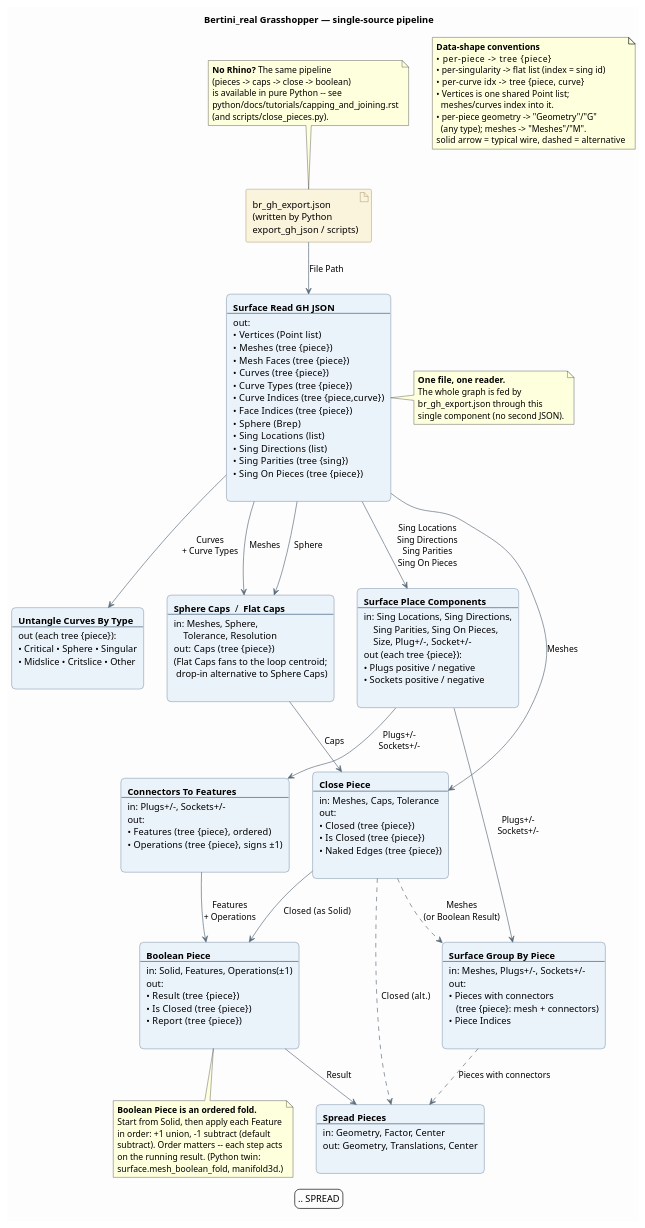
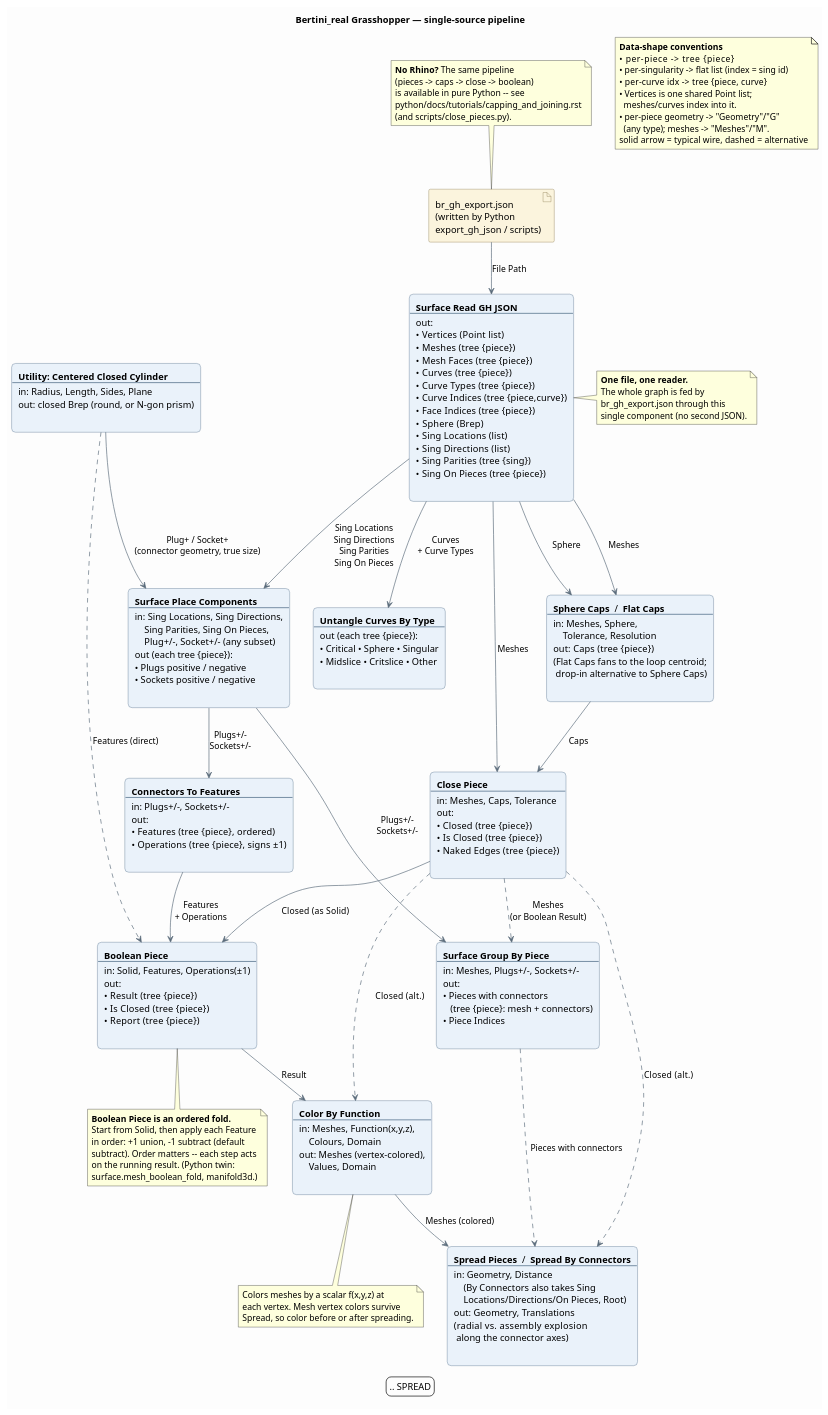
One commit to ofloveandhate/bertini_real changed the diagram in grasshopper/docs/usage.puml. Above: the diagram before and after it, drawn with PlantUML.

Commit message:
usage diagram: add Color By Function, Spread By Connectors, Utility cylinder
Reflect the newer components in usage.puml: Color By Function (vertex coloring before
spread), Spread Pieces vs Spread By Connectors (radial vs assembly explosion, Distance),
the Utility Centered Closed Cylinder feeding connectors/features, and Place Components
without the removed Size input.

```diff
--- a/grasshopper/docs/usage.puml
+++ b/grasshopper/docs/usage.puml
@@ -1,114 +1,128 @@
 @startuml
 ' Bertini_real Grasshopper components — single-source usage graph.
 ' Render with PlantUML:  plantuml grasshopper/docs/usage.puml   (-> usage.png/svg)
 
 title Bertini_real Grasshopper — single-source pipeline
 
 skinparam backgroundColor #FDFDFD
 skinparam shadowing false
 skinparam defaultFontName Helvetica
 skinparam ArrowColor #5A6B7B
 skinparam rectangle {
   BorderColor #3A5A78
   BackgroundColor #EAF2FA
   RoundCorner 12
 }
 skinparam artifact {
   BorderColor #7A6A3A
   BackgroundColor #FBF4DD
 }
 
 ' ---- the one source ----
 artifact "br_gh_export.json\n(written by Python\nexport_gh_json / scripts)" as JSON
 
 note top of JSON
   **No Rhino?** The same pipeline
   (pieces -> caps -> close -> boolean)
   is available in pure Python -- see
   python/docs/tutorials/capping_and_joining.rst
   (and scripts/close_pieces.py).
 end note
 
 ' ---- the one reader ----
 rectangle "**Surface Read GH JSON**\l--\lout:\l• Vertices  (Point list)\l• Meshes  (tree {piece})\l• Mesh Faces  (tree {piece})\l• Curves  (tree {piece})\l• Curve Types  (tree {piece})\l• Curve Indices  (tree {piece,curve})\l• Face Indices  (tree {piece})\l• Sphere  (Brep)\l• Sing Locations  (list)\l• Sing Directions  (list)\l• Sing Parities  (tree {sing})\l• Sing On Pieces  (tree {piece})\l" as READER
 
 JSON --> READER : File Path
 
 ' ======================================================================
 ' Branch 1 — curves
 ' ======================================================================
 rectangle "**Untangle Curves By Type**\l--\lout (each tree {piece}):\l• Critical • Sphere • Singular\l• Midslice • Critslice • Other\l" as UNTANGLE
 
 READER --> UNTANGLE : Curves\n+ Curve Types
 
 ' ======================================================================
 ' Branch 2 — geometry: cap -> close -> boolean -> (spread)
 ' ======================================================================
 rectangle "**Sphere Caps**  /  **Flat Caps**\l--\lin: Meshes, Sphere,\l    Tolerance, Resolution\lout: Caps  (tree {piece})\l(Flat Caps fans to the loop centroid;\l drop-in alternative to Sphere Caps)\l" as CAPS
 
 rectangle "**Close Piece**\l--\lin: Meshes, Caps, Tolerance\lout:\l• Closed  (tree {piece})\l• Is Closed  (tree {piece})\l• Naked Edges  (tree {piece})\l" as CLOSE
 
 rectangle "**Boolean Piece**\l--\lin: Solid, Features, Operations(±1)\lout:\l• Result  (tree {piece})\l• Is Closed  (tree {piece})\l• Report  (tree {piece})\l" as BOOL
 
-rectangle "**Spread Pieces**\l--\lin: Geometry, Factor, Center\lout: Geometry, Translations, Center\l" as SPREAD
+rectangle "**Color By Function**\l--\lin: Meshes, Function(x,y,z),\l    Colours, Domain\lout: Meshes (vertex-colored),\l    Values, Domain\l" as COLOR
+
+rectangle "**Spread Pieces**  /  **Spread By Connectors**\l--\lin: Geometry, Distance\l    (By Connectors also takes Sing\l    Locations/Directions/On Pieces, Root)\lout: Geometry, Translations\l(radial  vs.  assembly explosion\l along the connector axes)\l" as SPREAD
 
 READER --> CAPS : Meshes
 READER --> CAPS : Sphere
 READER --> CLOSE : Meshes
 CAPS --> CLOSE : Caps
 CLOSE --> BOOL : Closed  (as Solid)
 
 ' ======================================================================
 ' Branch 3 — singularity connectors -> features -> boolean
 ' ======================================================================
-rectangle "**Surface Place Components**\l--\lin: Sing Locations, Sing Directions,\l    Sing Parities, Sing On Pieces,\l    Size, Plug+/-, Socket+/-\lout (each tree {piece}):\l• Plugs positive / negative\l• Sockets positive / negative\l" as PLACE
+rectangle "**Surface Place Components**\l--\lin: Sing Locations, Sing Directions,\l    Sing Parities, Sing On Pieces,\l    Plug+/-, Socket+/- (any subset)\lout (each tree {piece}):\l• Plugs positive / negative\l• Sockets positive / negative\l" as PLACE
 
 rectangle "**Connectors To Features**\l--\lin: Plugs+/-, Sockets+/-\lout:\l• Features  (tree {piece}, ordered)\l• Operations  (tree {piece}, signs ±1)\l" as CONNFEAT
 
+rectangle "**Utility: Centered Closed Cylinder**\l--\lin: Radius, Length, Sides, Plane\lout: closed Brep (round, or N-gon prism)\l" as UTIL
+
 READER --> PLACE : Sing Locations\nSing Directions\nSing Parities\nSing On Pieces
+UTIL --> PLACE : Plug+ / Socket+\n(connector geometry, true size)
 PLACE --> CONNFEAT : Plugs+/-\nSockets+/-
 CONNFEAT --> BOOL : Features\n+ Operations
+UTIL ..> BOOL : Features (direct)
 
 ' ======================================================================
 ' Grouping / viewing
 ' ======================================================================
 rectangle "**Surface Group By Piece**\l--\lin: Meshes, Plugs+/-, Sockets+/-\lout:\l• Pieces with connectors\l   (tree {piece}: mesh + connectors)\l• Piece Indices\l" as GROUP
 
 CLOSE ..> GROUP : Meshes\n(or Boolean Result)
 PLACE --> GROUP : Plugs+/-\nSockets+/-
 
-BOOL --> SPREAD : Result
+BOOL --> COLOR : Result
+COLOR --> SPREAD : Meshes (colored)
 GROUP ..> SPREAD : Pieces with connectors
+CLOSE ..> COLOR : Closed  (alt.)
 CLOSE ..> SPREAD : Closed  (alt.)
 
 ' ---- notes ----
 note right of READER
   **One file, one reader.**
   The whole graph is fed by
   br_gh_export.json through this
   single component (no second JSON).
 end note
 
 note bottom of BOOL
   **Boolean Piece is an ordered fold.**
   Start from Solid, then apply each Feature
   in order: +1 union, -1 subtract (default
   subtract). Order matters -- each step acts
   on the running result. (Python twin:
   surface.mesh_boolean_fold, manifold3d.)
 end note
 
+note bottom of COLOR
+  Colors meshes by a scalar f(x,y,z) at
+  each vertex. Mesh vertex colors survive
+  Spread, so color before or after spreading.
+end note
+
 note as LEGEND
   **Data-shape conventions**
   • per-piece       -> tree {piece}
   • per-singularity -> flat list (index = sing id)
   • per-curve idx   -> tree {piece, curve}
   • Vertices is one shared Point list;
     meshes/curves index into it.
   • per-piece geometry -> "Geometry"/"G"
     (any type); meshes -> "Meshes"/"M".
   solid arrow = typical wire,  dashed = alternative
 end note
 LEGEND .. SPREAD
 
 @enduml
```
